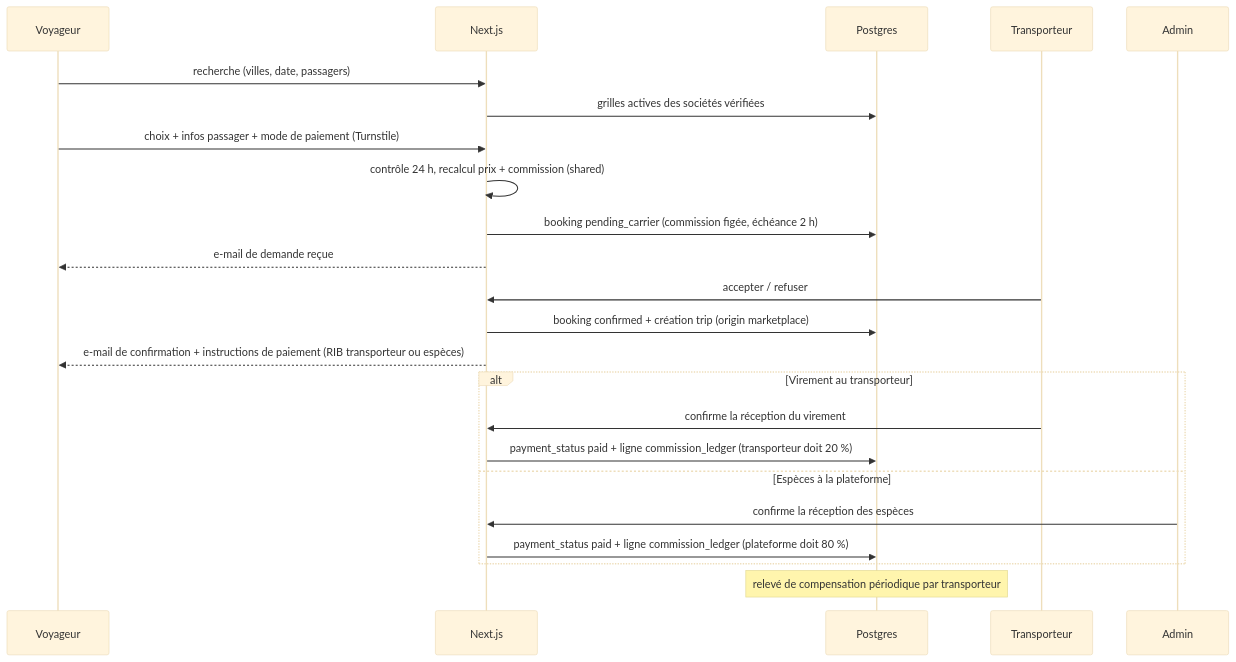
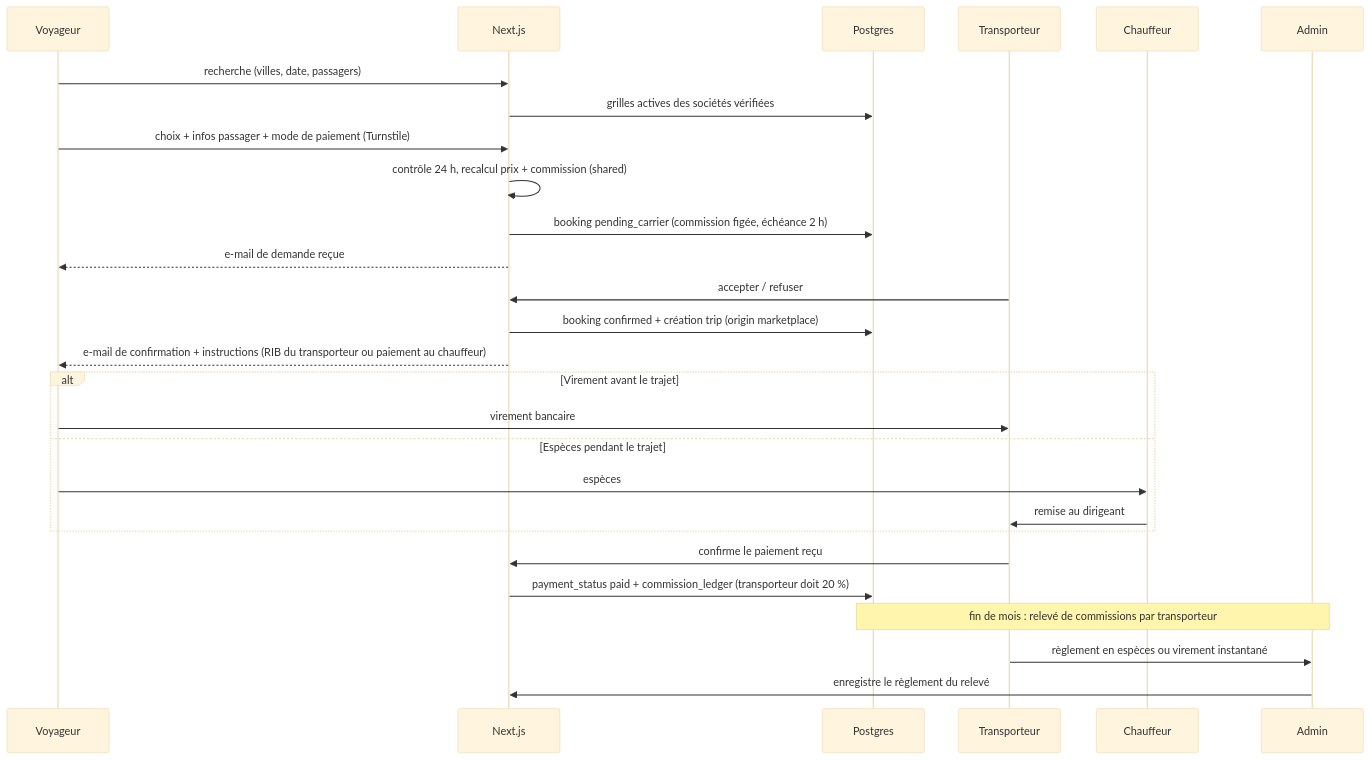
Before and after one commit to YBouamar/moroccotravelride2: the second of 2 diagrams in docs/ARCHITECTURE.md, drawn with Mermaid (base theme). The commit also changed other lines of this file and 10 other files, not shown here.

First line of the commit message:
docs: carrier collects payment in both modes, commission settled monthly

````diff
--- a/docs/ARCHITECTURE.md
+++ b/docs/ARCHITECTURE.md
@@ -66,25 +66,29 @@
 ```mermaid
 sequenceDiagram
   participant V as Voyageur
   participant W as Next.js
   participant DB as Postgres
   participant C as Transporteur
+  participant CH as Chauffeur
   participant AD as Admin
   V->>W: recherche (villes, date, passagers)
   W->>DB: grilles actives des sociétés vérifiées
   V->>W: choix + infos passager + mode de paiement (Turnstile)
   W->>W: contrôle 24 h, recalcul prix + commission (shared)
   W->>DB: booking pending_carrier (commission figée, échéance 2 h)
   W-->>V: e-mail de demande reçue
   C->>W: accepter / refuser
   W->>DB: booking confirmed + création trip (origin marketplace)
-  W-->>V: e-mail de confirmation + instructions de paiement (RIB transporteur ou espèces)
-  alt Virement au transporteur
-    C->>W: confirme la réception du virement
-    W->>DB: payment_status paid + ligne commission_ledger (transporteur doit 20 %)
-  else Espèces à la plateforme
-    AD->>W: confirme la réception des espèces
-    W->>DB: payment_status paid + ligne commission_ledger (plateforme doit 80 %)
+  W-->>V: e-mail de confirmation + instructions (RIB du transporteur ou paiement au chauffeur)
+  alt Virement avant le trajet
+    V->>C: virement bancaire
+  else Espèces pendant le trajet
+    V->>CH: espèces
+    CH->>C: remise au dirigeant
   end
-  Note over DB: relevé de compensation périodique par transporteur
+  C->>W: confirme le paiement reçu
+  W->>DB: payment_status paid + commission_ledger (transporteur doit 20 %)
+  Note over DB,AD: fin de mois : relevé de commissions par transporteur
+  C->>AD: règlement en espèces ou virement instantané
+  AD->>W: enregistre le règlement du relevé
 ```
````
